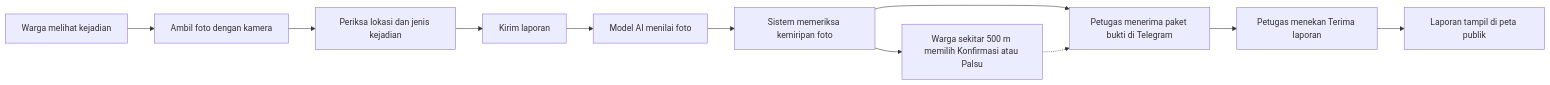
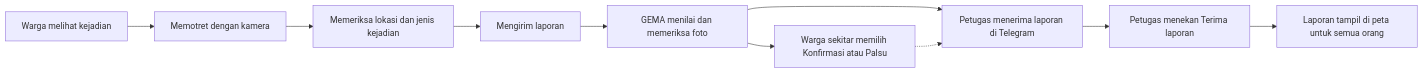
Before and after one commit to Sakazu01/GEMA-Gerakan-Evaluasi-dan-Monitoring-Ancaman: the diagram in README.md, drawn with Mermaid. The commit also changed other lines of this file and 3 other files, not shown here.

Commit message:
feat: peta titik kumpul terdekat, panduan evakuasi lebih jelas, dan README bahasa sederhana

````diff
--- a/README.md
+++ b/README.md
@@ -51,13 +55,12 @@
 ```mermaid
 flowchart LR
-  A["Warga melihat kejadian"] --> B["Ambil foto dengan kamera"]
-  B --> C["Periksa lokasi dan jenis kejadian"]
-  C --> D["Kirim laporan"]
-  D --> E["Model AI menilai foto"]
-  E --> F["Sistem memeriksa kemiripan foto"]
-  F --> G["Petugas menerima paket bukti di Telegram"]
-  G --> H["Petugas menekan Terima laporan"]
-  H --> I["Laporan tampil di peta publik"]
-  F --> J["Warga sekitar 500 m memilih Konfirmasi atau Palsu"]
-  J -.-> G
+  A["Warga melihat kejadian"] --> B["Memotret dengan kamera"]
+  B --> C["Memeriksa lokasi dan jenis kejadian"]
+  C --> D["Mengirim laporan"]
+  D --> E["GEMA menilai dan memeriksa foto"]
+  E --> F["Petugas menerima laporan di Telegram"]
+  F --> G["Petugas menekan Terima laporan"]
+  G --> H["Laporan tampil di peta untuk semua orang"]
+  E --> I["Warga sekitar memilih Konfirmasi atau Palsu"]
+  I -.-> F
 ```
````
